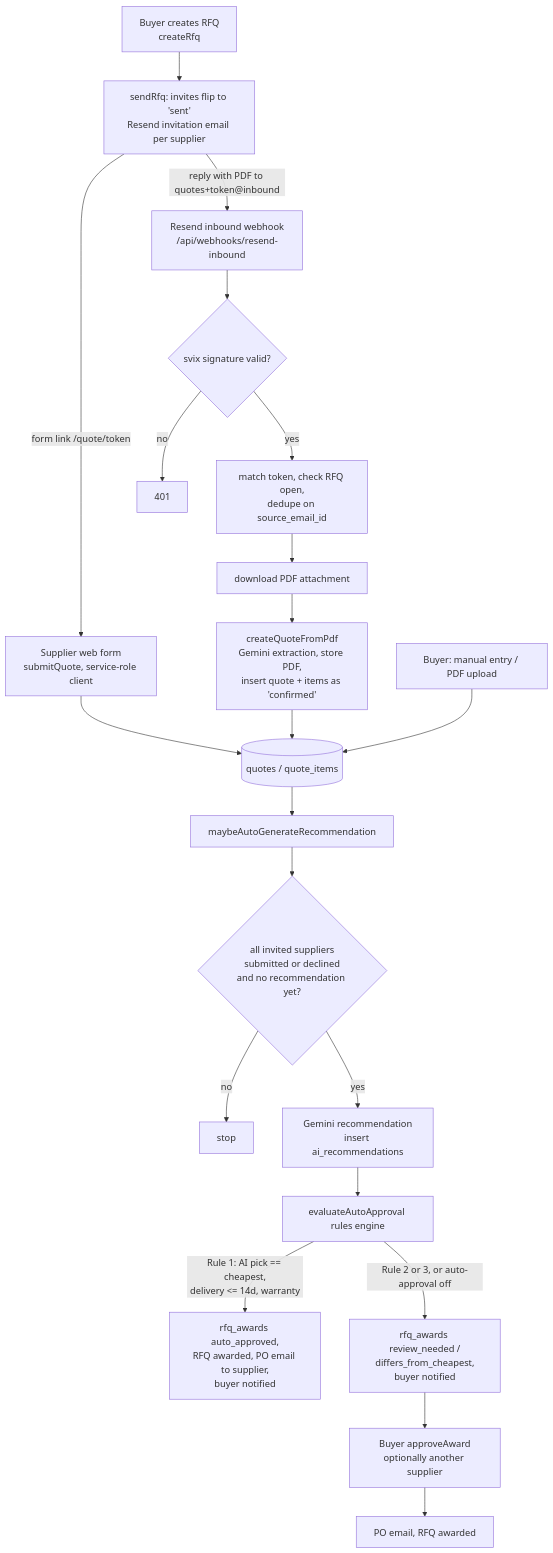
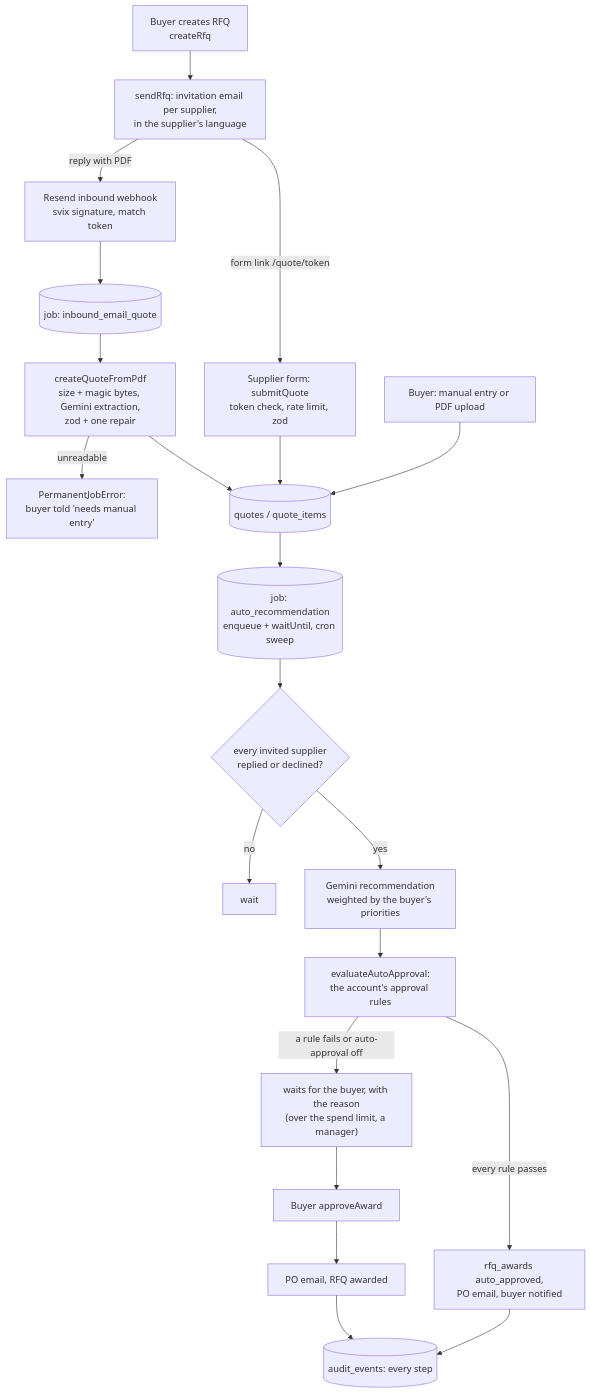
The second of 2 diagrams in docs/ARCHITECTURE.md (alharbiRay/Clarix), drawn with Mermaid before and after one commit. The commit also changed other lines of this file and 2 other files, not shown here.

Commit message:
Final: README case study, architecture refresh, final progress
- README rewritten as a case study: problem, solution, architecture
  diagram, stack with reasons, engineering challenges (un-awaited
  serverless work, middleware 504, approval races, the vanished Gemini
  model, Arabic font fallback, security), eval results, local setup and
  demo seeding.
- ARCHITECTURE: quote pipeline redrawn for the job queue and configurable
  approval rules; middleware notes current.
- PROGRESS: production state, owner checklist, known gaps.

````diff
--- a/docs/ARCHITECTURE.md
+++ b/docs/ARCHITECTURE.md
@@ -56,23 +56,22 @@
 ```mermaid
 flowchart TD
-  B[Buyer creates RFQ<br/>createRfq] --> S[sendRfq: invites flip to 'sent'<br/>Resend invitation email per supplier]
-  S -->|form link /quote/token| F[Supplier web form<br/>submitQuote, service-role client]
-  S -->|reply with PDF to quotes+token@inbound| W[Resend inbound webhook<br/>/api/webhooks/resend-inbound]
-  W --> V{svix signature valid?}
-  V -- no --> X[401]
-  V -- yes --> T[match token, check RFQ open,<br/>dedupe on source_email_id]
-  T --> P[download PDF attachment]
-  P --> E[createQuoteFromPdf<br/>Gemini extraction, store PDF,<br/>insert quote + items as 'confirmed']
-  F --> Q[(quotes / quote_items)]
+  B[Buyer creates RFQ<br/>createRfq] --> S[sendRfq: invitation email per supplier,<br/>in the supplier's language]
+  S -->|form link /quote/token| F[Supplier form: submitQuote<br/>token check, rate limit, zod]
+  S -->|reply with PDF| W[Resend inbound webhook<br/>svix signature, match token]
+  W --> J1[(job: inbound_email_quote)]
+  J1 --> E[createQuoteFromPdf<br/>size + magic bytes, Gemini extraction,<br/>zod + one repair]
+  E -->|unreadable| MN[PermanentJobError:<br/>buyer told 'needs manual entry']
+  M[Buyer: manual entry or PDF upload] --> Q[(quotes / quote_items)]
+  F --> Q
   E --> Q
-  M[Buyer: manual entry / PDF upload] --> Q
-  Q --> R[maybeAutoGenerateRecommendation]
-  R --> C{all invited suppliers<br/>submitted or declined<br/>and no recommendation yet?}
-  C -- no --> Z[stop]
-  C -- yes --> G[Gemini recommendation<br/>insert ai_recommendations]
-  G --> A[evaluateAutoApproval rules engine]
-  A -->|Rule 1: AI pick == cheapest,<br/>delivery <= 14d, warranty| AA[rfq_awards auto_approved,<br/>RFQ awarded, PO email to supplier,<br/>buyer notified]
-  A -->|Rule 2 or 3, or auto-approval off| RN[rfq_awards review_needed /<br/>differs_from_cheapest,<br/>buyer notified]
-  RN --> MA[Buyer approveAward<br/>optionally another supplier]
-  MA --> PO[PO email, RFQ awarded]
+  Q --> J2[(job: auto_recommendation<br/>enqueue + waitUntil, cron sweep)]
+  J2 --> C{every invited supplier<br/>replied or declined?}
+  C -- no --> Z[wait]
+  C -- yes --> G[Gemini recommendation<br/>weighted by the buyer's priorities]
+  G --> A[evaluateAutoApproval:<br/>the account's approval rules]
+  A -->|every rule passes| AA[rfq_awards auto_approved,<br/>PO email, buyer notified]
+  A -->|a rule fails or auto-approval off| RN["waits for the buyer, with the reason<br/>(over the spend limit, a manager)"]
+  RN --> MA[Buyer approveAward] --> PO[PO email, RFQ awarded]
+  AA --> T[(audit_events: every step)]
+  PO --> T
 ```
````
